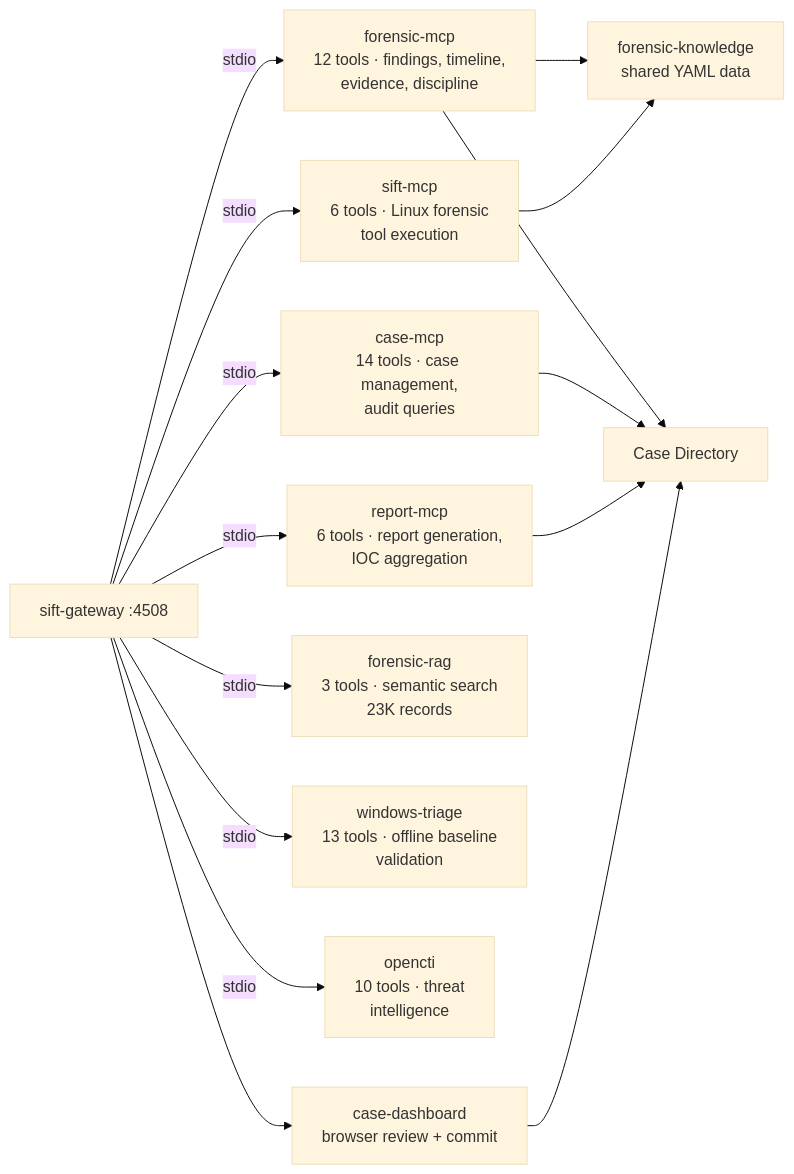
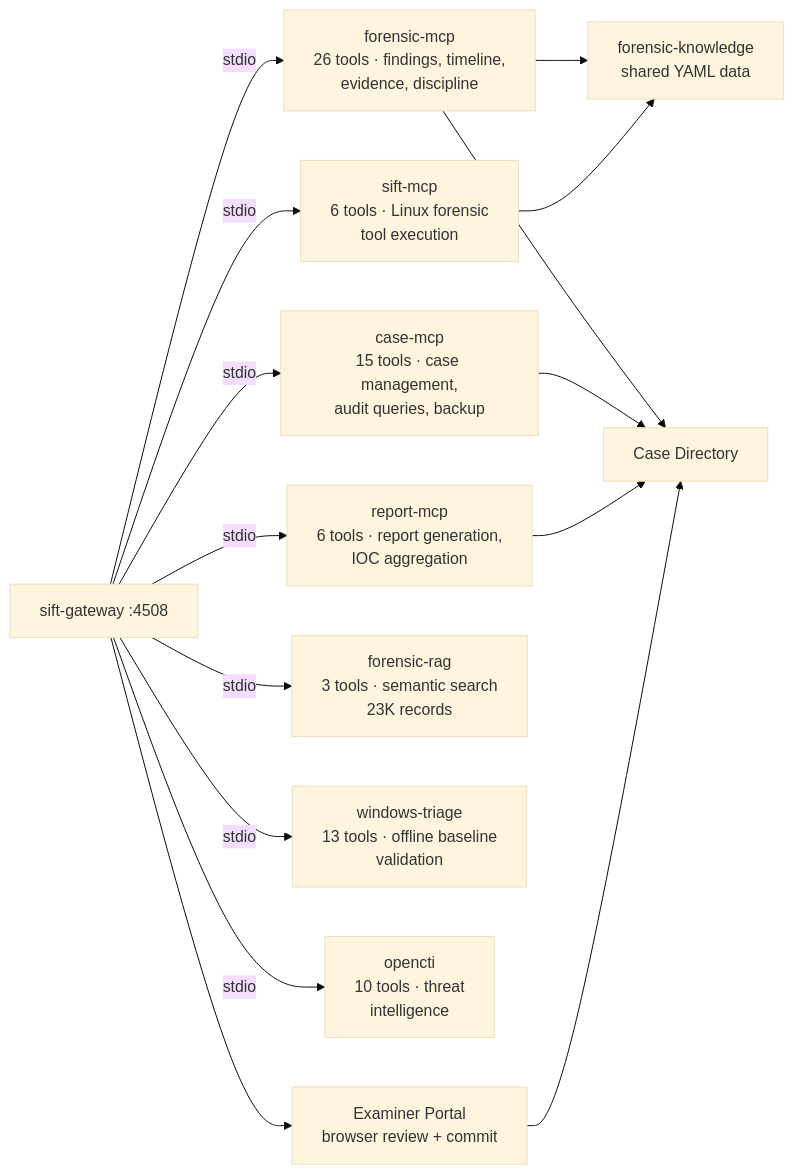
One commit to AppliedIR/sift-mcp changed the first of 2 diagrams in README.md. Above: the diagram before and after it, drawn with Mermaid (base theme). The commit also changed other lines of this file and 7 other files, not shown here.

Commit message:
rename dashboard to Examiner Portal, update docs and tool counts, fix timeline coupling parity

````diff
--- a/README.md
+++ b/README.md
@@ -130,30 +133,30 @@
 ```mermaid
 graph LR
     GW["sift-gateway :4508"]
 
-    FM["forensic-mcp<br/>12 tools · findings, timeline,<br/>evidence, discipline"]
-    CM["case-mcp<br/>14 tools · case management,<br/>audit queries"]
+    FM["forensic-mcp<br/>26 tools · findings, timeline,<br/>evidence, discipline"]
+    CM["case-mcp<br/>15 tools · case management,<br/>audit queries, backup"]
     RM["report-mcp<br/>6 tools · report generation,<br/>IOC aggregation"]
     SM["sift-mcp<br/>6 tools · Linux forensic<br/>tool execution"]
     RAG["forensic-rag<br/>3 tools · semantic search<br/>23K records"]
     WT["windows-triage<br/>13 tools · offline baseline<br/>validation"]
     OC["opencti<br/>10 tools · threat<br/>intelligence"]
-    CD["case-dashboard<br/>browser review + commit"]
+    CD["Examiner Portal<br/>browser review + commit"]
     FK["forensic-knowledge<br/>shared YAML data"]
     CASE["Case Directory"]
 
     GW -->|stdio| FM
     GW -->|stdio| CM
     GW -->|stdio| RM
     GW -->|stdio| SM
     GW -->|stdio| RAG
     GW -->|stdio| WT
     GW -->|stdio| OC
     GW --> CD
     FM --> FK
     SM --> FK
     FM --> CASE
     CM --> CASE
     RM --> CASE
     CD --> CASE
 ```
````
